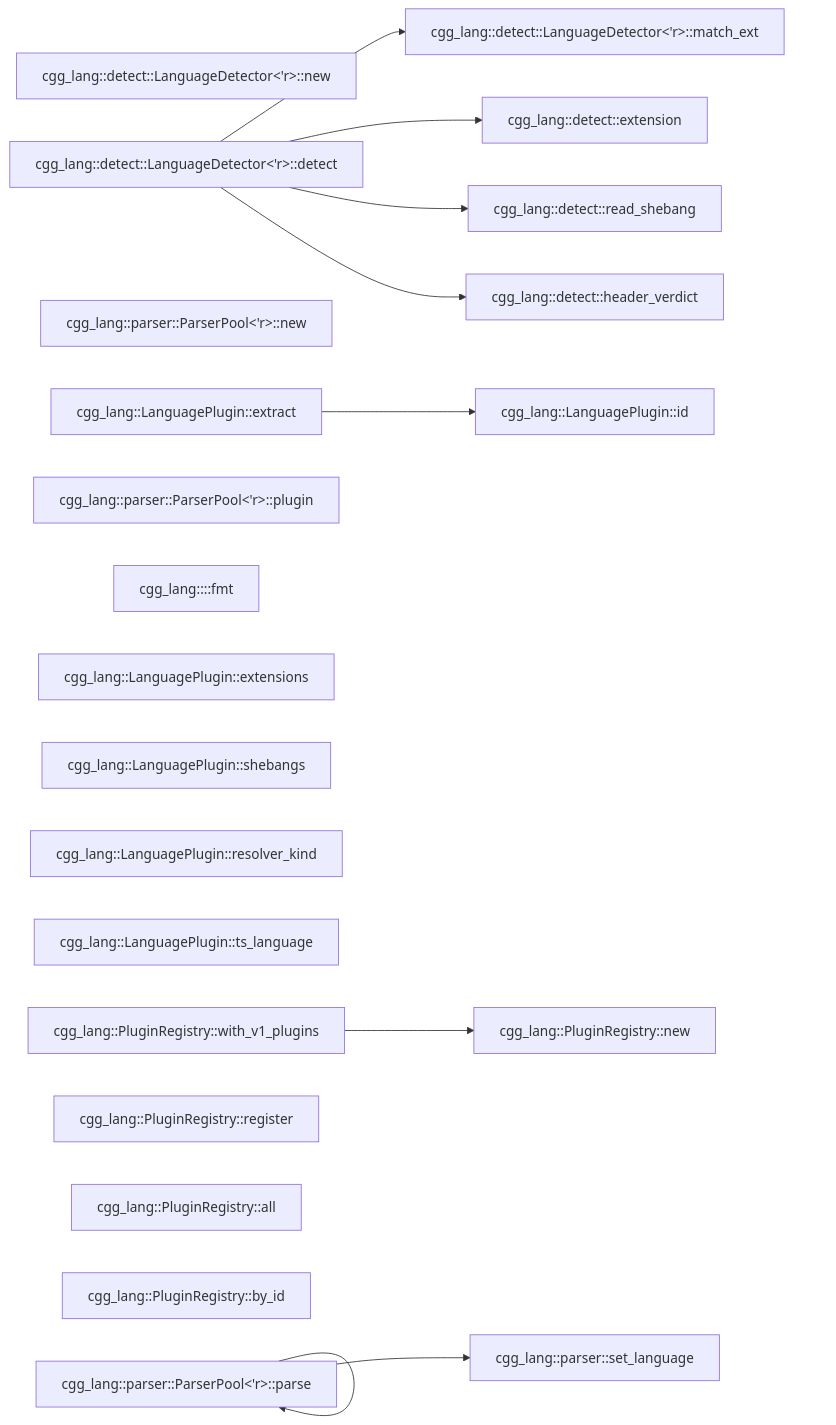
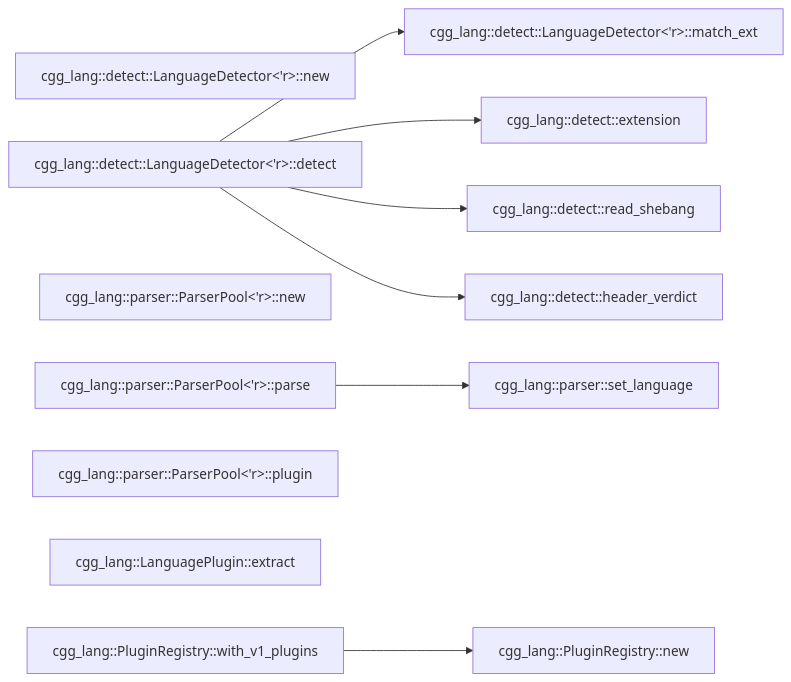
The second of 2 diagrams in README.md (NeuralNotwerk/cgg), drawn with Mermaid before and after one commit. The commit also changed other lines of this file, not shown here.

````diff
--- a/README.md
+++ b/README.md
@@ -136,33 +136,22 @@
 ```mermaid
 flowchart LR
   C0["cgg_lang::detect::LanguageDetector<'r>::new"]
   C1["cgg_lang::detect::LanguageDetector<'r>::detect"]
   C2["cgg_lang::detect::LanguageDetector<'r>::match_ext"]
   C3["cgg_lang::detect::extension"]
   C4["cgg_lang::detect::read_shebang"]
   C5["cgg_lang::detect::header_verdict"]
   C14["cgg_lang::parser::ParserPool<'r>::new"]
   C15["cgg_lang::parser::ParserPool<'r>::parse"]
   C16["cgg_lang::parser::ParserPool<'r>::plugin"]
   C17["cgg_lang::parser::set_language"]
-  C21["cgg_lang::<ResolverKind as fmt::Display>::fmt"]
-  C22["cgg_lang::LanguagePlugin::id"]
-  C23["cgg_lang::LanguagePlugin::extensions"]
-  C24["cgg_lang::LanguagePlugin::shebangs"]
-  C25["cgg_lang::LanguagePlugin::resolver_kind"]
-  C26["cgg_lang::LanguagePlugin::ts_language"]
   C27["cgg_lang::LanguagePlugin::extract"]
   C28["cgg_lang::PluginRegistry::new"]
-  C29["cgg_lang::PluginRegistry::register"]
-  C30["cgg_lang::PluginRegistry::all"]
-  C31["cgg_lang::PluginRegistry::by_id"]
   C32["cgg_lang::PluginRegistry::with_v1_plugins"]
   C1 --> C2
   C1 --> C3
   C1 --> C4
   C1 --> C5
-  C15 --> C15
   C15 --> C17
-  C27 --> C22
   C32 --> C28
 ```
````
